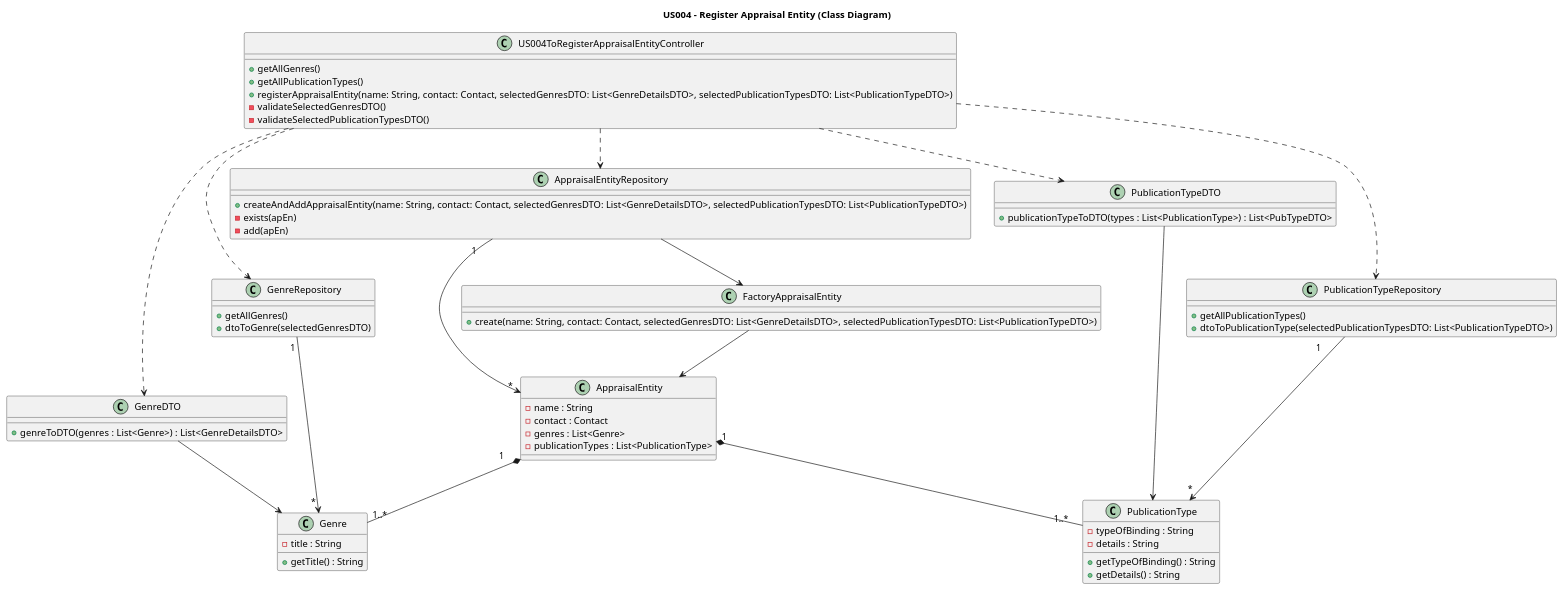
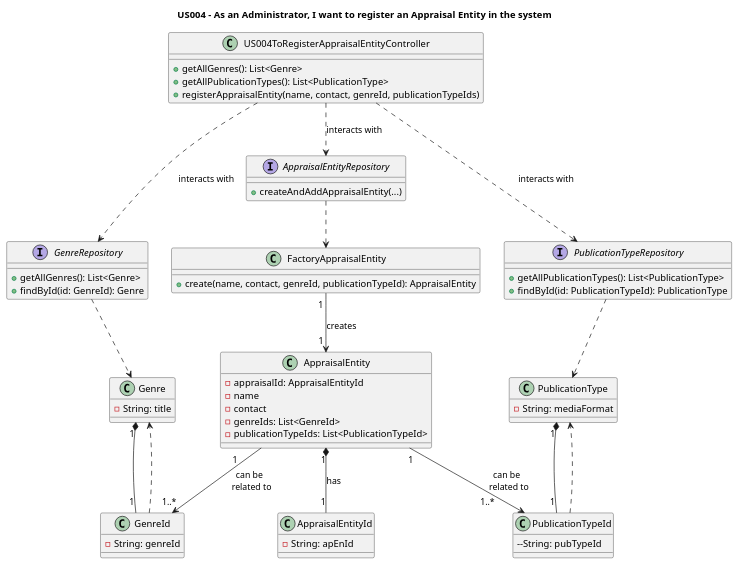
The diagram in Diagrams/ClassDiagrams/US004-to-register-an-appraisal-entity.puml (AndrePereiraGitH/SWitCH-Project-Team_A), drawn with PlantUML before and after one commit. The commit also changed 4 other files, not shown here.

Commit message:
refactor #431: restructure diagrams and apply DDD

```diff
--- a/Diagrams/ClassDiagrams/US004-to-register-an-appraisal-entity.puml
+++ b/Diagrams/ClassDiagrams/US004-to-register-an-appraisal-entity.puml
@@ -1,109 +1,113 @@
 @startuml
+title US004 - As an Administrator, I want to register an Appraisal Entity in the system
 
-title US004 - Register Appraisal Entity (Class Diagram)
-
-' =========================
-' Controller Layer
-' =========================
+' ========================
+' UI + APPLICATION LAYER
+' ========================
 
 class US004ToRegisterAppraisalEntityController {
-    +getAllGenres()
-    +getAllPublicationTypes()
-    +registerAppraisalEntity(name: String, contact: Contact, selectedGenresDTO: List<GenreDetailsDTO>, selectedPublicationTypesDTO: List<PublicationTypeDTO>)
-    -validateSelectedGenresDTO()
-    -validateSelectedPublicationTypesDTO()
-}
-
-' =========================
-' Repository Layer
-' =========================
-
-class GenreRepository {
-    +getAllGenres()
-    +dtoToGenre(selectedGenresDTO)
+  +getAllGenres(): List<Genre>
+  +getAllPublicationTypes(): List<PublicationType>
+  +registerAppraisalEntity(name, contact, genreId, publicationTypeIds)
 }
 
 
-class PublicationTypeRepository {
-    +getAllPublicationTypes()
-    +dtoToPublicationType(selectedPublicationTypesDTO: List<PublicationTypeDTO>)
+' ========================
+' DOMAIN LAYER
+' ========================
+
+' -------- Aggregate Root --------
+class AppraisalEntity {
+  -appraisalId: AppraisalEntityId
+  -name
+  -contact
+  -genreIds: List<GenreId>
+  -publicationTypeIds: List<PublicationTypeId>
 }
 
-class AppraisalEntityRepository {
-    +createAndAddAppraisalEntity(name: String, contact: Contact, selectedGenresDTO: List<GenreDetailsDTO>, selectedPublicationTypesDTO: List<PublicationTypeDTO>)
-    -exists(apEn)
-    -add(apEn)
+class AppraisalEntityId {
+  -String: apEnId
 }
-' =========================
-' Factory Layer
-' =========================
+
+AppraisalEntity "1" *-- "1" AppraisalEntityId : has
+
+
+' -------- Genre --------
+class Genre {
+  -String: title
+}
+
+class GenreId {
+  -String: genreId
+}
+
+Genre "1" *-- "1" GenreId
+
+
+' -------- PublicationType --------
+class PublicationType {
+  -String: mediaFormat
+}
+
+class PublicationTypeId {
+  --String: pubTypeId
+}
+
+PublicationType "1" *-- "1" PublicationTypeId
+
+
+' ========================
+' INTERACTIONS
+' ========================
+
+AppraisalEntity "    1       " --> "      1..*" GenreId : can be \n related to
+AppraisalEntity "1  " --> "  1..*        " PublicationTypeId : can be \n related to
+
+GenreId ..> Genre
+PublicationTypeId ..> PublicationType
+
+
+' ========================
+' REPOSITORIES
+' ========================
+
+interface GenreRepository {
+  +getAllGenres(): List<Genre>
+  +findById(id: GenreId): Genre
+}
+
+interface PublicationTypeRepository {
+  +getAllPublicationTypes(): List<PublicationType>
+  +findById(id: PublicationTypeId): PublicationType
+}
+
+interface AppraisalEntityRepository {
+  +createAndAddAppraisalEntity(...)
+}
+
+
+GenreRepository ..> Genre
+PublicationTypeRepository ..> PublicationType
+AppraisalEntityRepository ..> FactoryAppraisalEntity
+
+
+' ========================
+' FACTORY
+' ========================
 
 class FactoryAppraisalEntity {
-    +create(name: String, contact: Contact, selectedGenresDTO: List<GenreDetailsDTO>, selectedPublicationTypesDTO: List<PublicationTypeDTO>)
+  +create(name, contact, genreId, publicationTypeId): AppraisalEntity
 }
 
-' =========================
-' DTO Layer
-' =========================
-
-class GenreDTO {
-    +genreToDTO(genres : List<Genre>) : List<GenreDetailsDTO>
-}
-
-class PublicationTypeDTO {
-    +publicationTypeToDTO(types : List<PublicationType>) : List<PubTypeDTO>
-}
-
-' =========================
-' Domain Layer
-' =========================
-
-class AppraisalEntity {
-    -name : String
-    -contact : Contact
-    -genres : List<Genre>
-    -publicationTypes : List<PublicationType>
-}
-
-class Genre {
-    -title : String
-    +getTitle() : String
-}
-
-class PublicationType {
-    -typeOfBinding : String
-    -details : String
-    +getTypeOfBinding() : String
-    +getDetails() : String
-}
-
-' =========================
-' Associations
-' =========================
-
-' Controller dependencies
-US004ToRegisterAppraisalEntityController ..> GenreRepository
-US004ToRegisterAppraisalEntityController ..> PublicationTypeRepository
-US004ToRegisterAppraisalEntityController ..> AppraisalEntityRepository
-US004ToRegisterAppraisalEntityController ..> GenreDTO
-US004ToRegisterAppraisalEntityController ..> PublicationTypeDTO
-
-' Repository to Domain
-GenreRepository "1 " --> " * " Genre
-PublicationTypeRepository "1        " --> " * " PublicationType
-
-' DTO
-GenreDTO --> Genre
-PublicationTypeDTO --> PublicationType
+FactoryAppraisalEntity "   1 " --> "  1 " AppraisalEntity : creates
 
 
-AppraisalEntityRepository "1 " --> " * " AppraisalEntity
+' ========================
+' DEPENDENCIES
+' ========================
 
-' AppraisalEntity composition
-AppraisalEntityRepository --> FactoryAppraisalEntity
-FactoryAppraisalEntity --> AppraisalEntity
-
-AppraisalEntity "  1     " *-- "1..*" Genre
-AppraisalEntity "1 " *-- "1..*    " PublicationType
+US004ToRegisterAppraisalEntityController ...> GenreRepository : interacts with
+US004ToRegisterAppraisalEntityController ...> PublicationTypeRepository : interacts with
+US004ToRegisterAppraisalEntityController ..> AppraisalEntityRepository : interacts with
 
 @enduml
```
